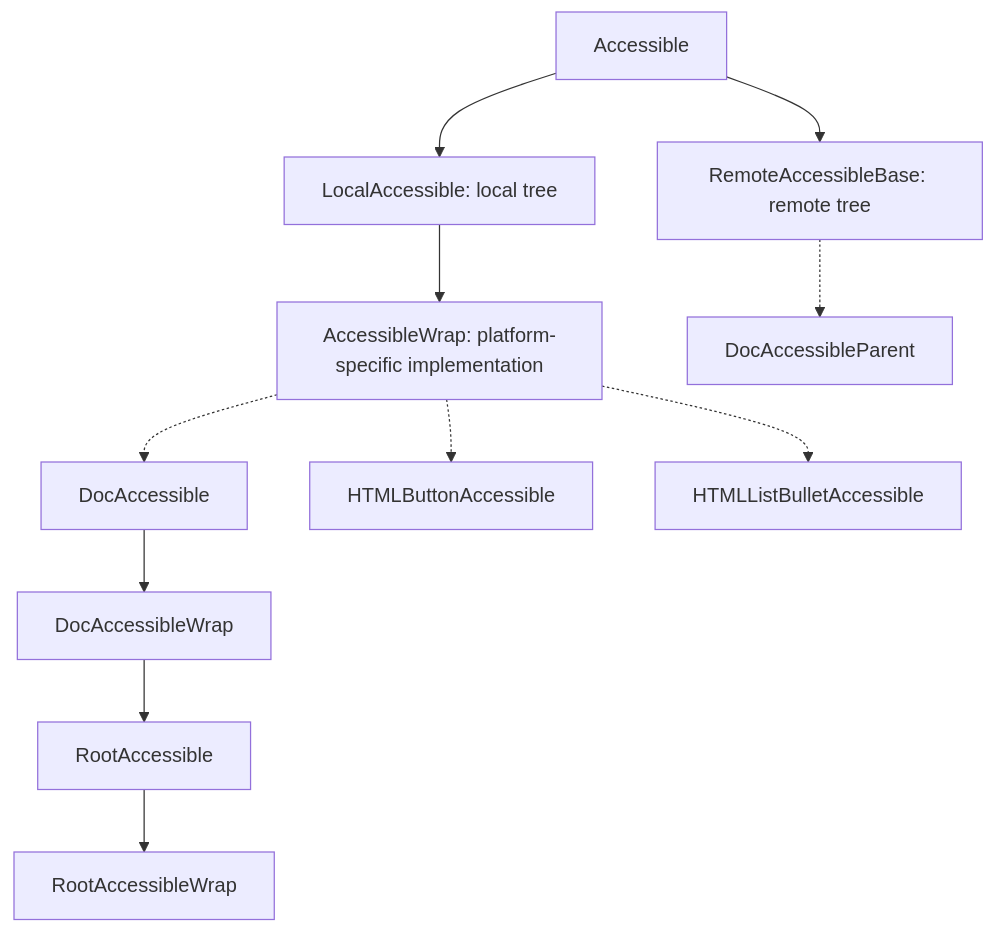
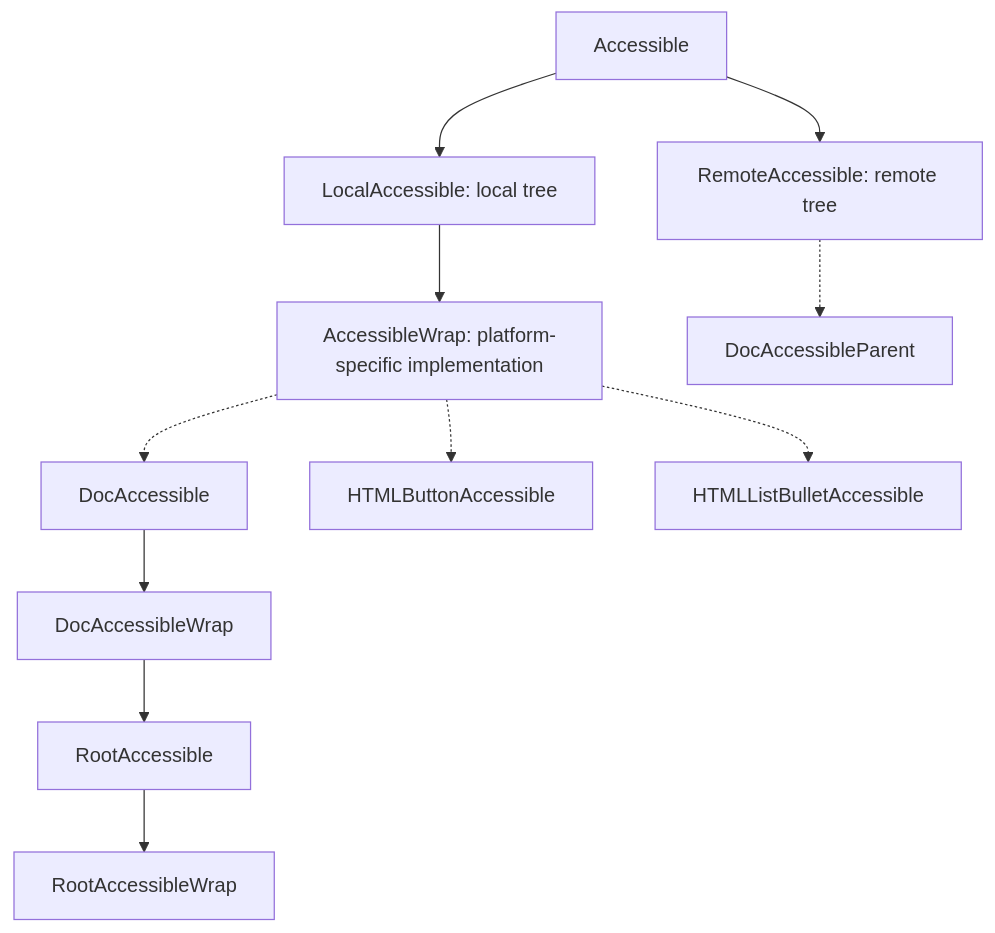
The diagram in firefox/accessible/docs/Architecture.md (connosssss/simplev3), drawn with Mermaid before and after one commit. The commit also changed other lines of this file and 235433 other files, not shown here.

````diff
--- a/firefox/accessible/docs/Architecture.md
+++ b/firefox/accessible/docs/Architecture.md
@@ -47,9 +55,9 @@
 ```{mermaid}
 flowchart TD
 accTitle: Graph of the class hierarchy described above
-Accessible --> LocalAccessible[LocalAccessible: local tree] & RemoteAccessibleBase[RemoteAccessibleBase: remote tree]
+Accessible --> LocalAccessible[LocalAccessible: local tree] & RemoteAccessible[RemoteAccessible: remote tree]
 LocalAccessible --> AccessibleWrap[AccessibleWrap: platform-specific implementation]
 AccessibleWrap -.-> DocAccessible & HTMLButtonAccessible & HTMLListBulletAccessible
 DocAccessible --> DocAccessibleWrap --> RootAccessible --> RootAccessibleWrap
-RemoteAccessibleBase -.-> DocAccessibleParent
+RemoteAccessible -.-> DocAccessibleParent
 ```
````
